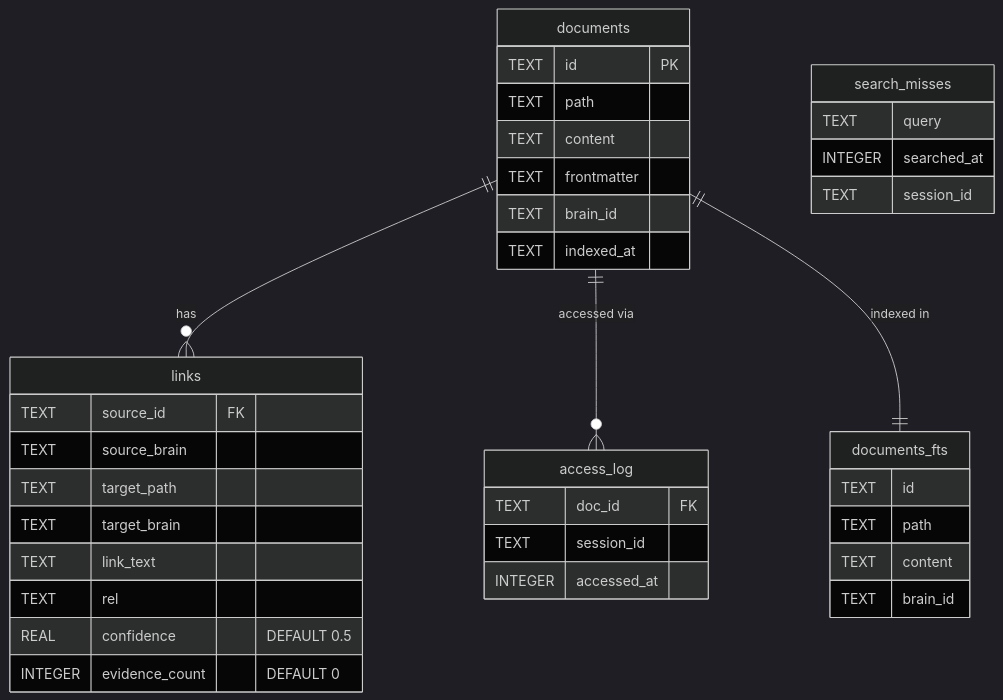
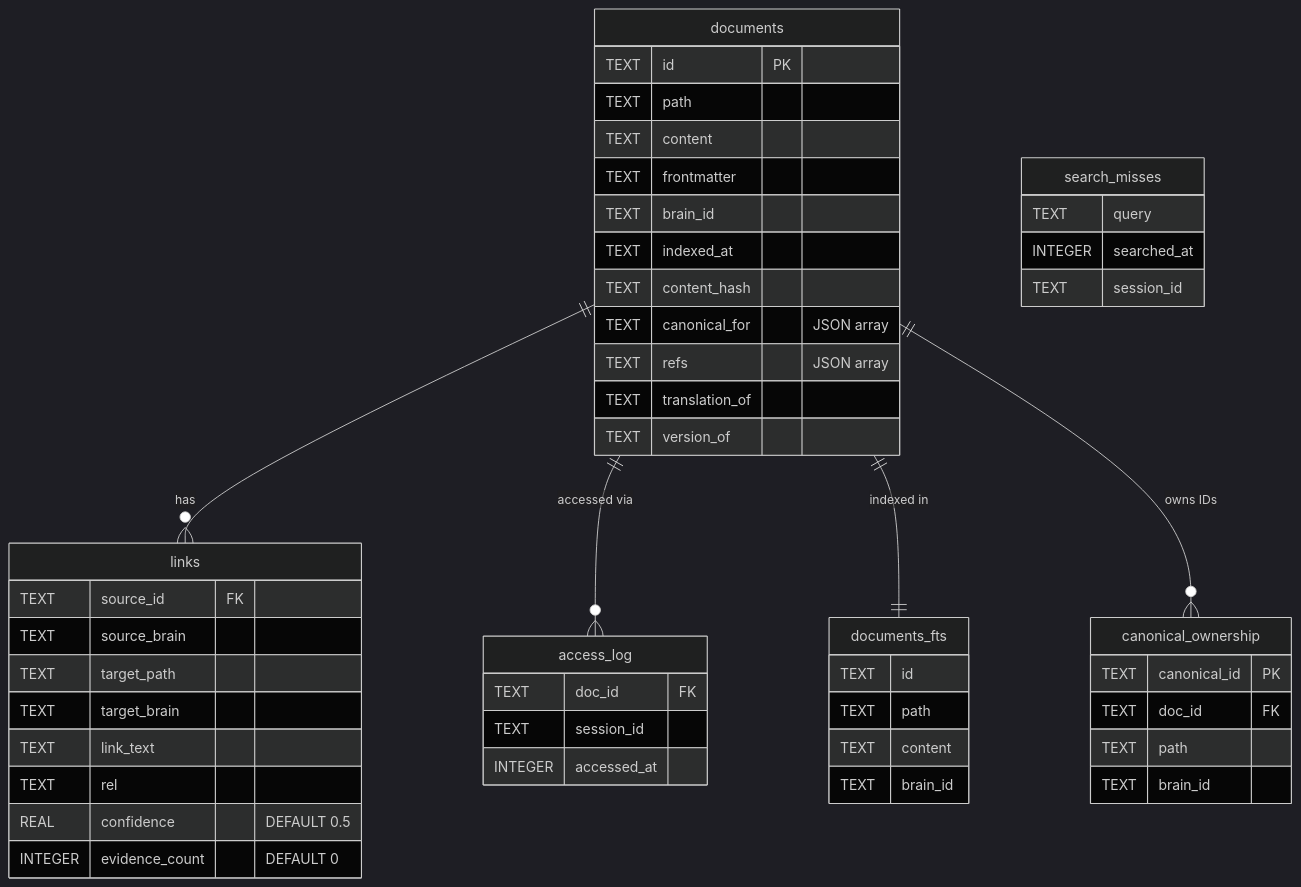
Before and after one commit to mikeparcewski/wicked-brain: the third of 9 diagrams in ARCHITECTURE.md, drawn with Mermaid (dark theme). The commit also changed other lines of this file and 59 other files, not shown here.

````diff
--- a/ARCHITECTURE.md
+++ b/ARCHITECTURE.md
@@ -123,41 +131,53 @@
 ```mermaid
 erDiagram
     documents {
         TEXT id PK
         TEXT path
         TEXT content
         TEXT frontmatter
         TEXT brain_id
         TEXT indexed_at
+        TEXT content_hash
+        TEXT canonical_for "JSON array"
+        TEXT refs "JSON array"
+        TEXT translation_of
+        TEXT version_of
     }
     documents_fts {
         TEXT id
         TEXT path
         TEXT content
         TEXT brain_id
     }
     links {
         TEXT source_id FK
         TEXT source_brain
         TEXT target_path
         TEXT target_brain
         TEXT link_text
         TEXT rel
         REAL confidence "DEFAULT 0.5"
         INTEGER evidence_count "DEFAULT 0"
     }
+    canonical_ownership {
+        TEXT canonical_id PK
+        TEXT doc_id FK
+        TEXT path
+        TEXT brain_id
+    }
     access_log {
         TEXT doc_id FK
         TEXT session_id
         INTEGER accessed_at
     }
     search_misses {
         TEXT query
         INTEGER searched_at
         TEXT session_id
     }
 
     documents ||--o{ links : "has"
     documents ||--o{ access_log : "accessed via"
     documents ||--|| documents_fts : "indexed in"
+    documents ||--o{ canonical_ownership : "owns IDs"
 ```
````
